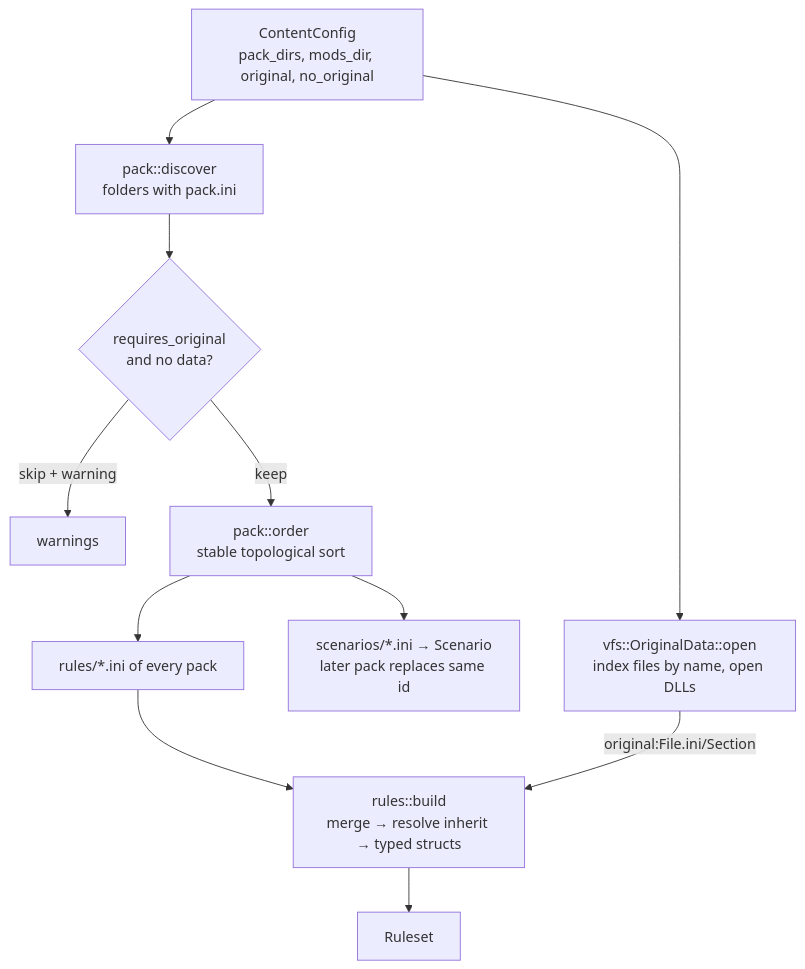
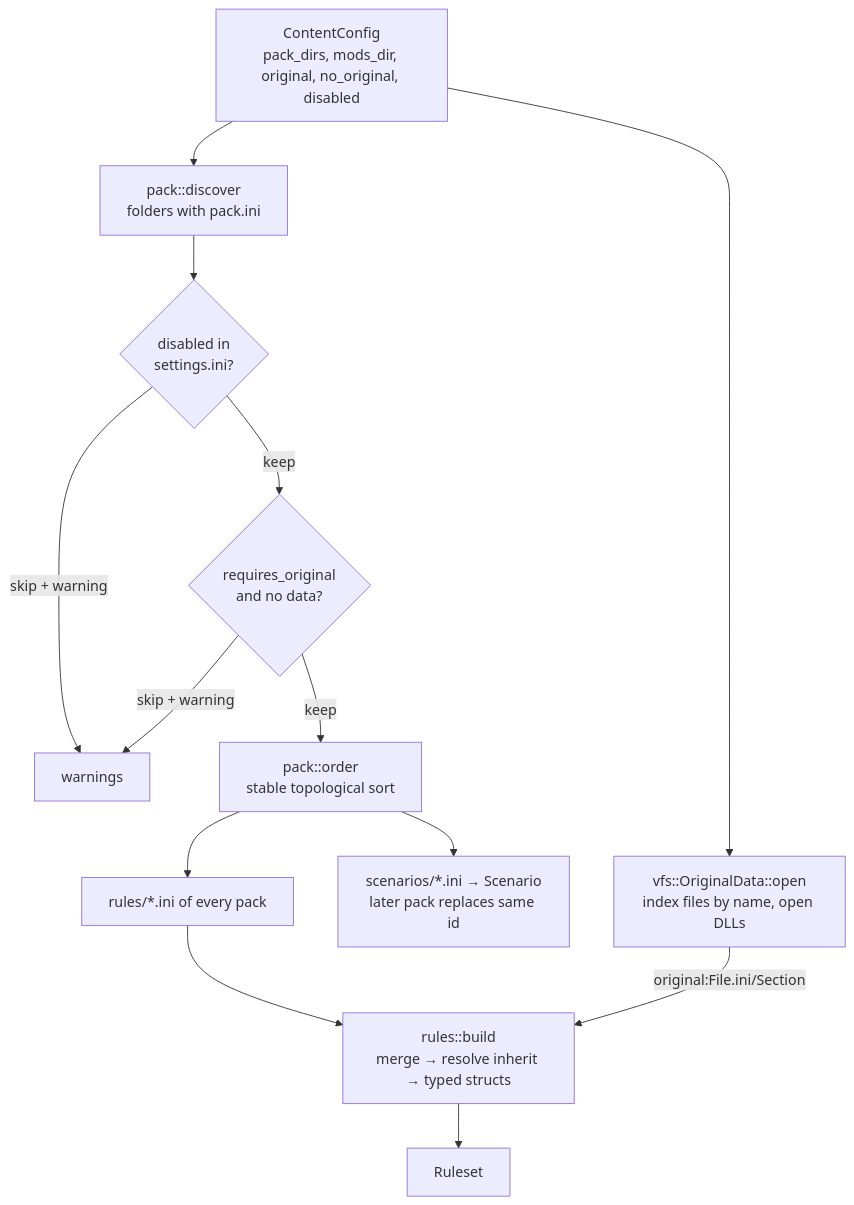
Before and after one commit to bbogovich/OpenInterceptor: the first of 2 diagrams in docs/architecture/packs.md, drawn with Mermaid. The commit also changed other lines of this file and 28 other files, not shown here.

````diff
--- a/docs/architecture/packs.md
+++ b/docs/architecture/packs.md
@@ -10,13 +10,15 @@
 ```mermaid
 flowchart TD
-    CFG["ContentConfig<br/>pack_dirs, mods_dir, original, no_original"] --> D["pack::discover<br/>folders with pack.ini"]
-    D --> SK{"requires_original<br/>and no data?"}
+    CFG["ContentConfig<br/>pack_dirs, mods_dir, original, no_original, disabled"] --> D["pack::discover<br/>folders with pack.ini"]
+    D --> DIS{"disabled in<br/>settings.ini?"}
+    DIS -->|skip + warning| W
+    DIS -->|keep| SK{"requires_original<br/>and no data?"}
     SK -->|skip + warning| W["warnings"]
     SK -->|keep| O["pack::order<br/>stable topological sort"]
     CFG --> OD["vfs::OriginalData::open<br/>index files by name, open DLLs"]
     O --> RS["rules/*.ini of every pack"]
     RS --> B["rules::build<br/>merge → resolve inherit → typed structs"]
     OD -->|"original:File.ini/Section"| B
     B --> RU["Ruleset"]
     O --> SC["scenarios/*.ini → Scenario<br/>later pack replaces same id"]
 ```
````
